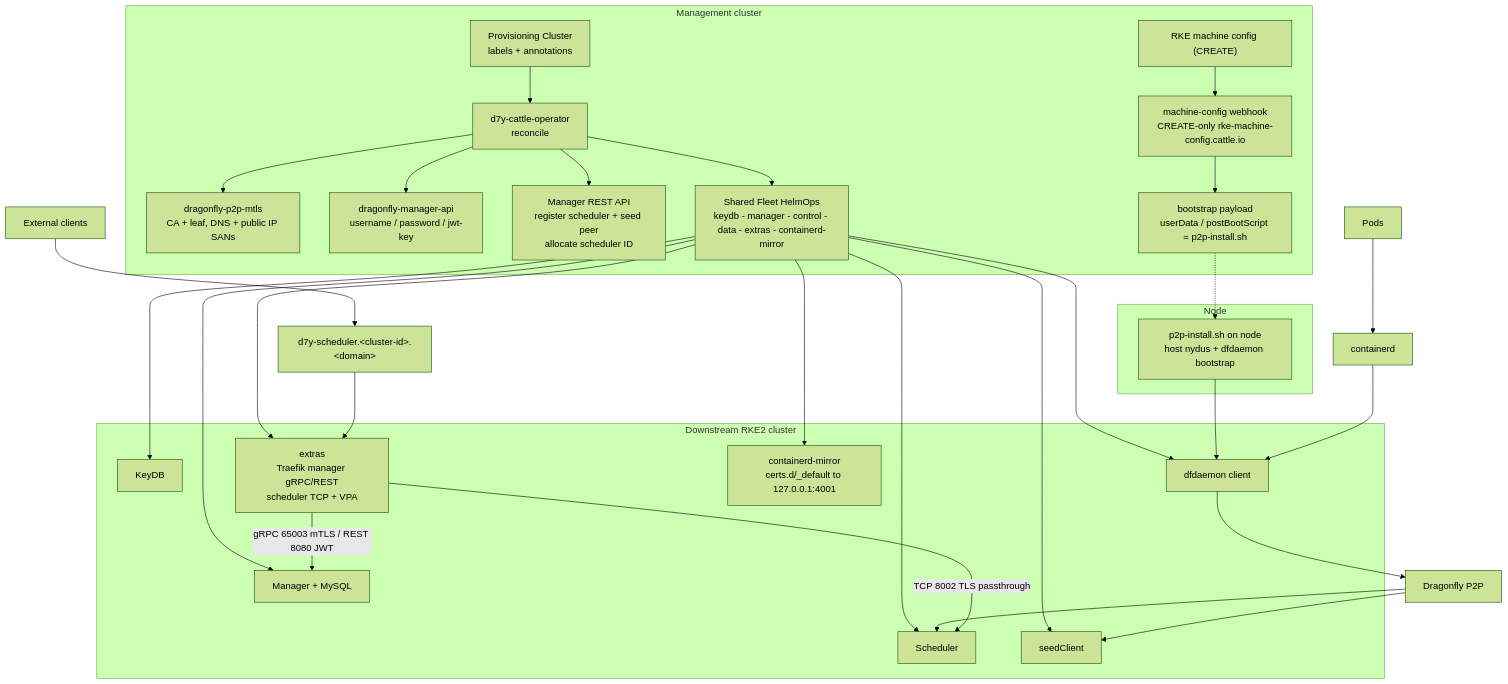
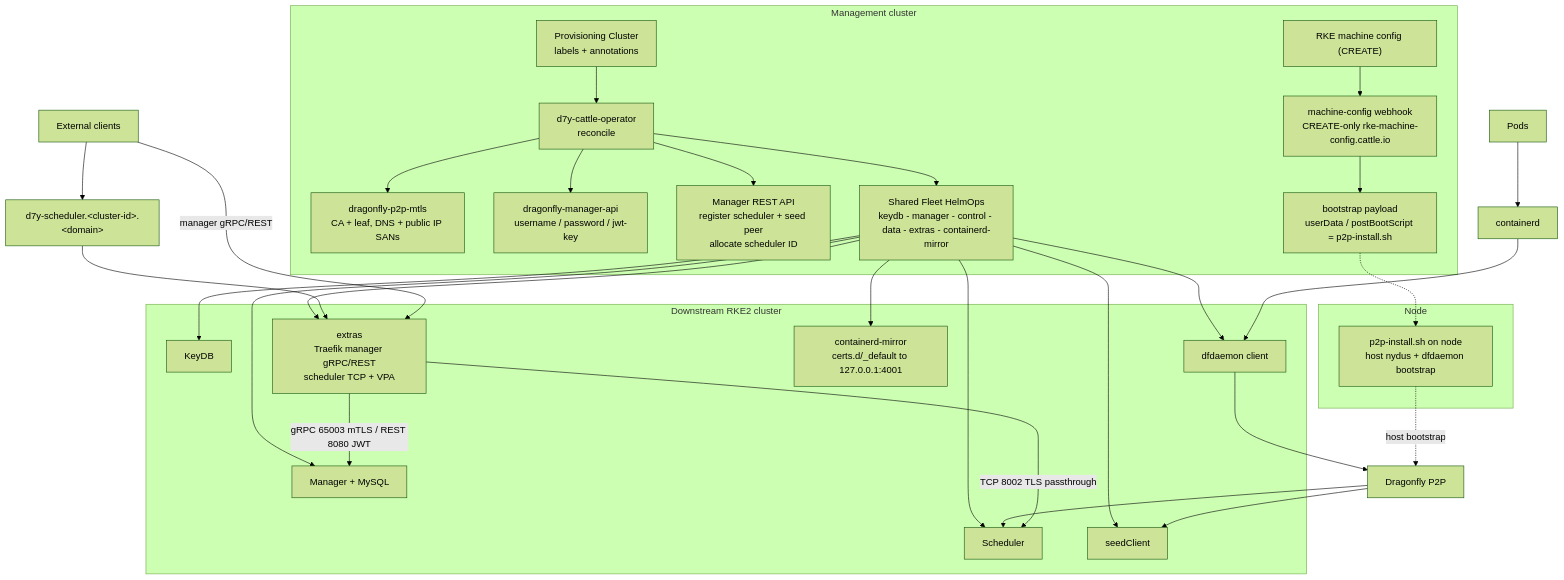
Before and after one commit to gorizond/d7y-cattle-operator: the diagram in README.md, drawn with Mermaid (forest theme).

Commit message:
docs: fix README diagram bootstrap and manager client edges

````diff
--- a/README.md
+++ b/README.md
@@ -59,30 +59,31 @@
 ```mermaid
 flowchart TB
   subgraph MGMT["Management cluster"]
     C["Provisioning Cluster<br/>labels + annotations"] --> O["d7y-cattle-operator<br/>reconcile"]
     O --> TLS["dragonfly-p2p-mtls<br/>CA + leaf, DNS + public IP SANs"]
     O --> CRED["dragonfly-manager-api<br/>username / password / jwt-key"]
     O --> REG["Manager REST API<br/>register scheduler + seed peer<br/>allocate scheduler ID"]
     O --> HELM["Shared Fleet HelmOps<br/>keydb - manager - control - data - extras - containerd-mirror"]
     MC["RKE machine config (CREATE)"] --> W["machine-config webhook<br/>CREATE-only rke-machine-config.cattle.io"] --> PAY["bootstrap payload<br/>userData / postBootScript = p2p-install.sh"]
   end
   subgraph DOWN["Downstream RKE2 cluster"]
     HELM --> K["KeyDB"]
     HELM --> MGR["Manager + MySQL"]
     HELM --> SCH["Scheduler"]
     HELM --> SC["seedClient"]
     HELM --> CL["dfdaemon client"]
     HELM --> EX["extras<br/>Traefik manager gRPC/REST<br/>scheduler TCP + VPA"]
     HELM --> CM["containerd-mirror<br/>certs.d/_default to 127.0.0.1:4001"]
   end
   subgraph NODE["Node"]
     PAY -.-> P["p2p-install.sh on node<br/>host nydus + dfdaemon bootstrap"]
   end
-  P --> CL
+  P -.->|"host bootstrap"| P2P
   PODS["Pods"] --> CTD["containerd"] --> CL
   CL --> P2P["Dragonfly P2P"] --> SCH
   P2P --> SC
   EX -->|"gRPC 65003 mTLS / REST 8080 JWT"| MGR
   EX -->|"TCP 8002 TLS passthrough"| SCH
   CLIENT["External clients"] --> PUB["d7y-scheduler.&lt;cluster-id&gt;.&lt;domain&gt;"] --> EX
+  CLIENT -->|"manager gRPC/REST"| EX
 ```
````
